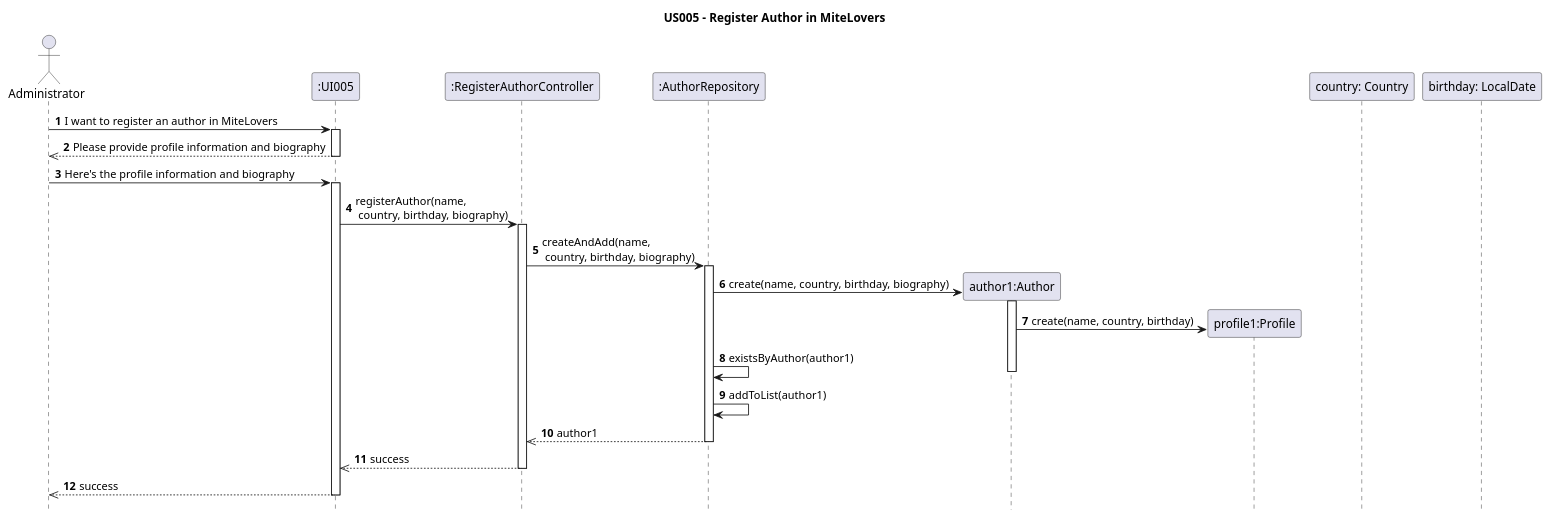
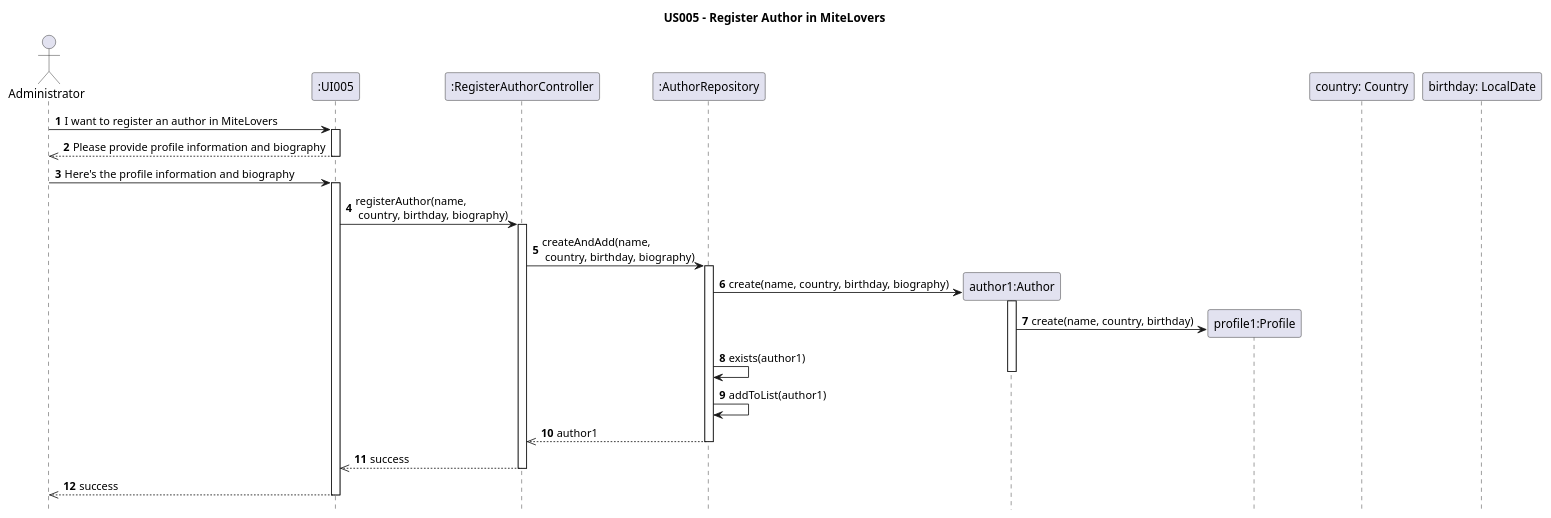
One commit to AndrePereiraGitH/SWitCH-Project-Team_A changed the diagram in Diagrams/SequenceDiagrams/N2/US005 -To-register-an-Author-in-MIteLovers.puml. Above: the diagram before and after it, drawn with PlantUML. The commit also changed 8 other files, not shown here.

```diff
--- a/Diagrams/SequenceDiagrams/N2/US005 -To-register-an-Author-in-MIteLovers.puml
+++ b/Diagrams/SequenceDiagrams/N2/US005 -To-register-an-Author-in-MIteLovers.puml
@@ -1,59 +1,59 @@
 @startuml
 hide footbox
 title US005 - Register Author in MiteLovers
 
 actor Administrator
 participant ":UI005" as UI
 
 autoNumber
 
 
 participant ":RegisterAuthorController" as C
 
 
 
 participant ":AuthorRepository" as R
 
 Administrator -> UI :  I want to register an author in MiteLovers
 activate UI
 
 UI -->> Administrator :  Please provide profile information and biography
 deactivate
 
 Administrator -> UI :  Here's the profile information and biography
 activate UI
 UI -> C : registerAuthor(name, \n country, birthday, biography)
 activate C
 
 C -> R :  createAndAdd(name, \n country, birthday, biography)
 activate R
 
 
 
  create participant "author1:Author" as A
  R -> A ++ : create(name, country, birthday, biography)
 
  create "profile1:Profile" as P
  A -> P : create(name, country, birthday)
 
- R -> R : existsByAuthor(author1)
+ R -> R : exists(author1)
  deactivate A
 
 
 
   R -> R : addToList(author1)
 
   R -->> C :  author1
 
 deactivate R
 C -->> UI :  success
 deactivate C
 
 UI -->> Administrator :  success
 deactivate UI
 
 
 participant "country: Country"
 participant "birthday: LocalDate"
 
 @enduml
```
